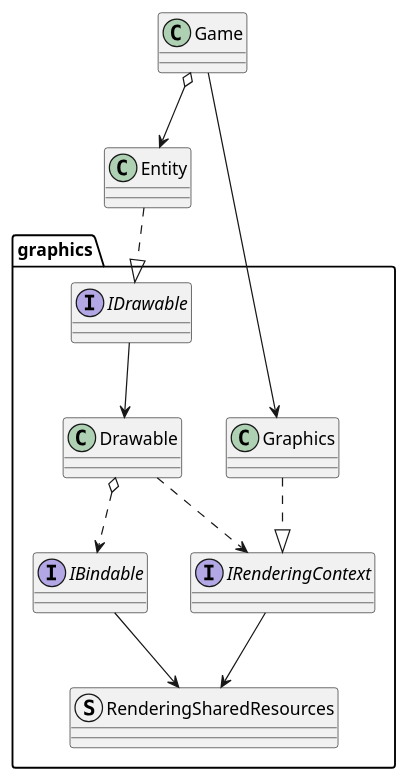
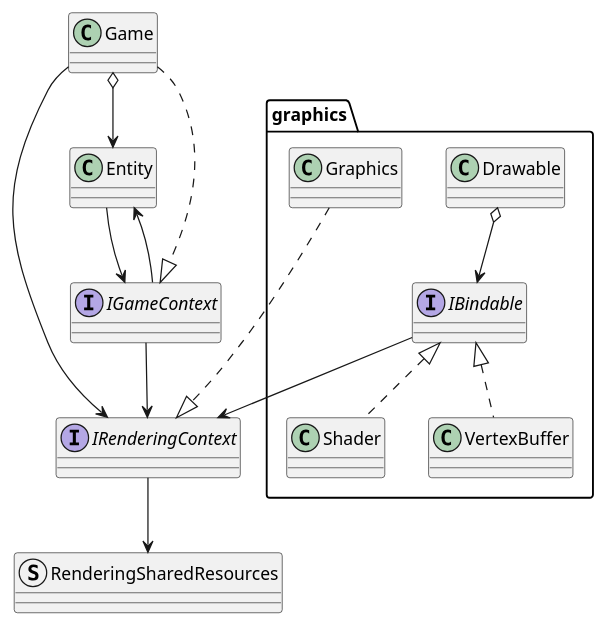
Before and after one commit to GiovanniZambiasi/directx-11: the diagram in DirectX11/docs/uml.puml, drawn with PlantUML. The commit also changed 29 other files, not shown here.

Commit message:
Refactor rendering and game dependencies

```diff
--- a/DirectX11/docs/uml.puml
+++ b/DirectX11/docs/uml.puml
@@ -1,40 +1,41 @@
 @startuml
 'https://plantuml.com/class-diagram
 
 class Game
 
+interface IRenderingContext
+Game --> IRenderingContext
+
 package graphics
 {
 class Graphics
 
-interface IRenderingContext
-
 Graphics ..|> IRenderingContext
 
 interface IBindable
+IBindable --> IRenderingContext
 
 class Drawable
-Drawable ..> IRenderingContext
-Drawable o..> IBindable
+Drawable o--> IBindable
 
-interface IDrawable
-IDrawable --> Drawable
+class Shader
+Shader .up.|> IBindable
+
+class VertexBuffer
+VertexBuffer .up.|> IBindable
+}
+
+class Entity
+Game o--> Entity
 
 struct RenderingSharedResources
-
 IRenderingContext --> RenderingSharedResources
 
-IBindable --> RenderingSharedResources
-}
-
-Game --> Graphics
-
-class Entity
-
-Entity ..|> IDrawable
-
-Game o--> Entity
-
+interface IGameContext
+Game ..|> IGameContext
+IGameContext --> IRenderingContext
+Entity --> IGameContext
+IGameContext --> Entity
 
 
 @enduml
```
